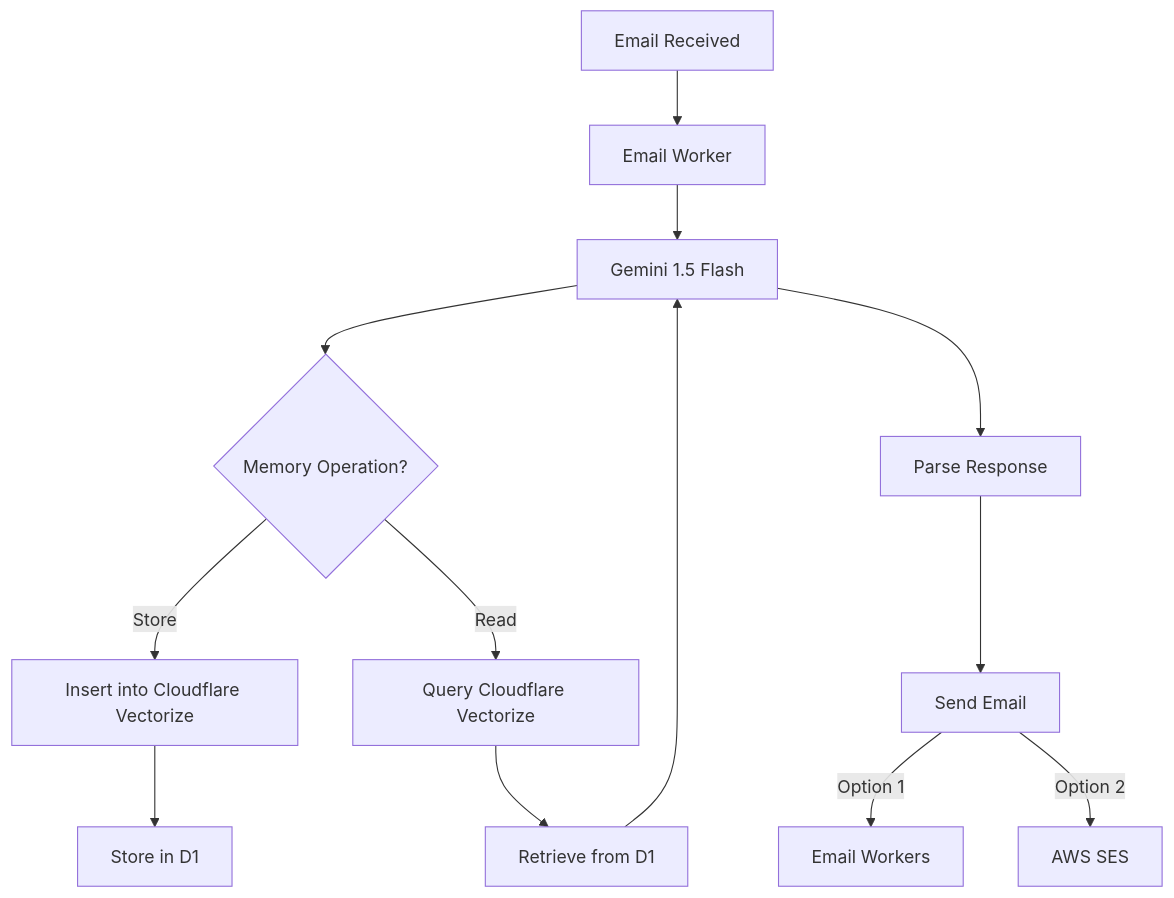
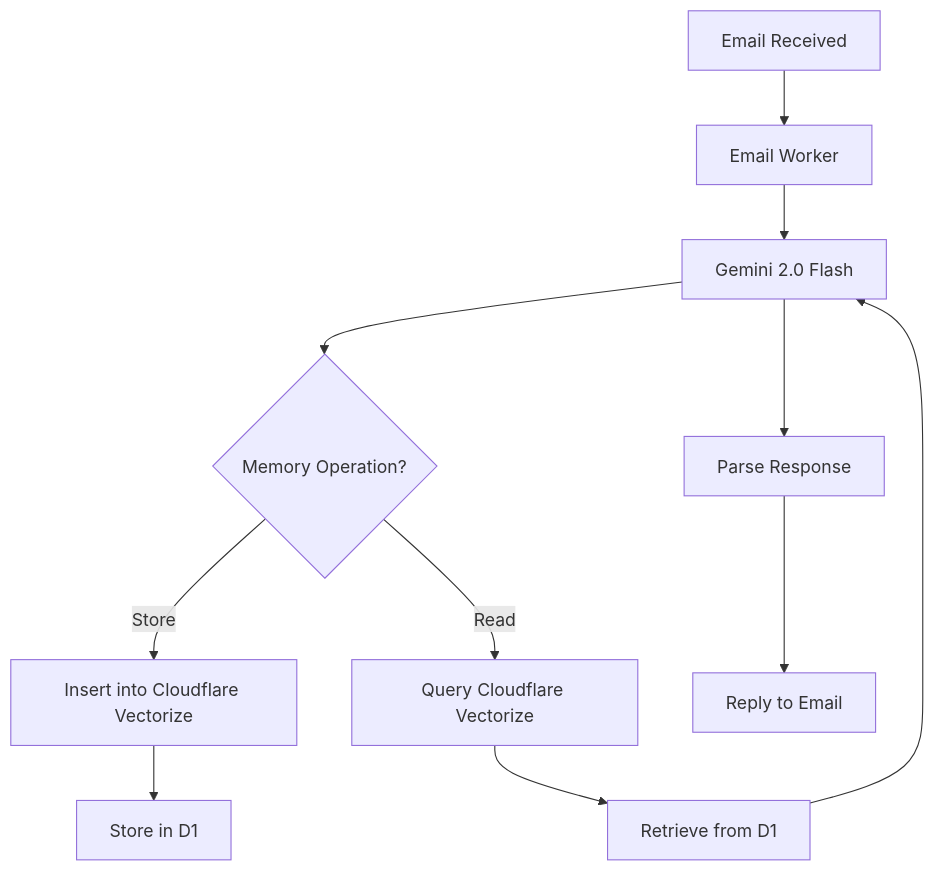
Before and after one commit to G4brym/askemail: the diagram in README.md, drawn with Mermaid. The commit also changed other lines of this file and 9 other files, not shown here.

Commit message:
Remove aws ses as a dependency

````diff
--- a/README.md
+++ b/README.md
@@ -47,15 +43,13 @@
 ```mermaid
 graph TD
     A[Email Received] --> B[Email Worker]
-    B --> C[Gemini 1.5 Flash]
+    B --> C[Gemini 2.0 Flash]
     C --> D{Memory Operation?}
     D -->|Store| E[Insert into Cloudflare Vectorize]
     D -->|Read| F[Query Cloudflare Vectorize]
     E --> G[Store in D1]
     F --> H[Retrieve from D1]
     H --> C
     C --> I[Parse Response]
-    I --> J[Send Email]
-    J -->|Option 1| K[Email Workers]
-    J -->|Option 2| L[AWS SES]
+    I --> J[Reply to Email]
 ```
````
